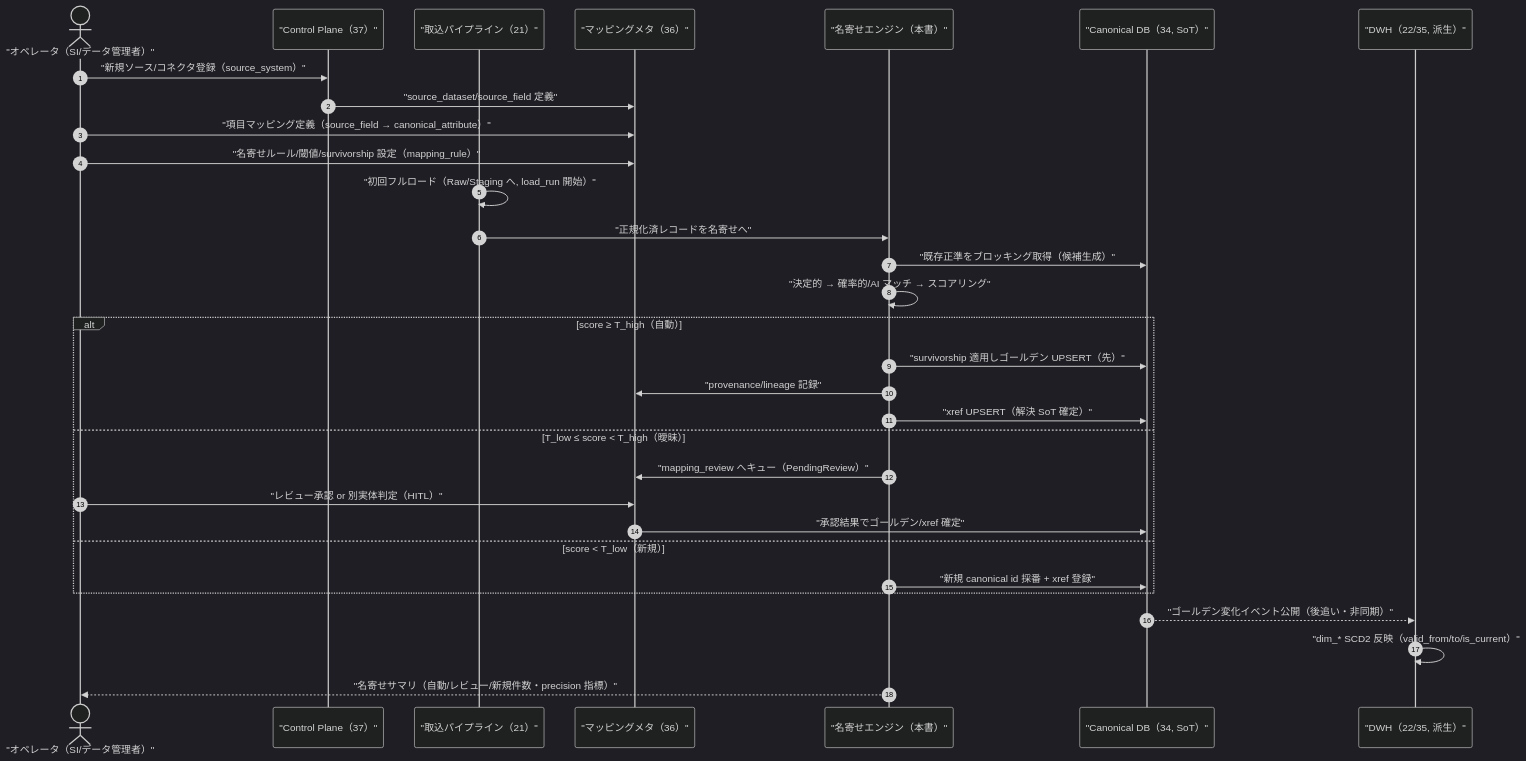
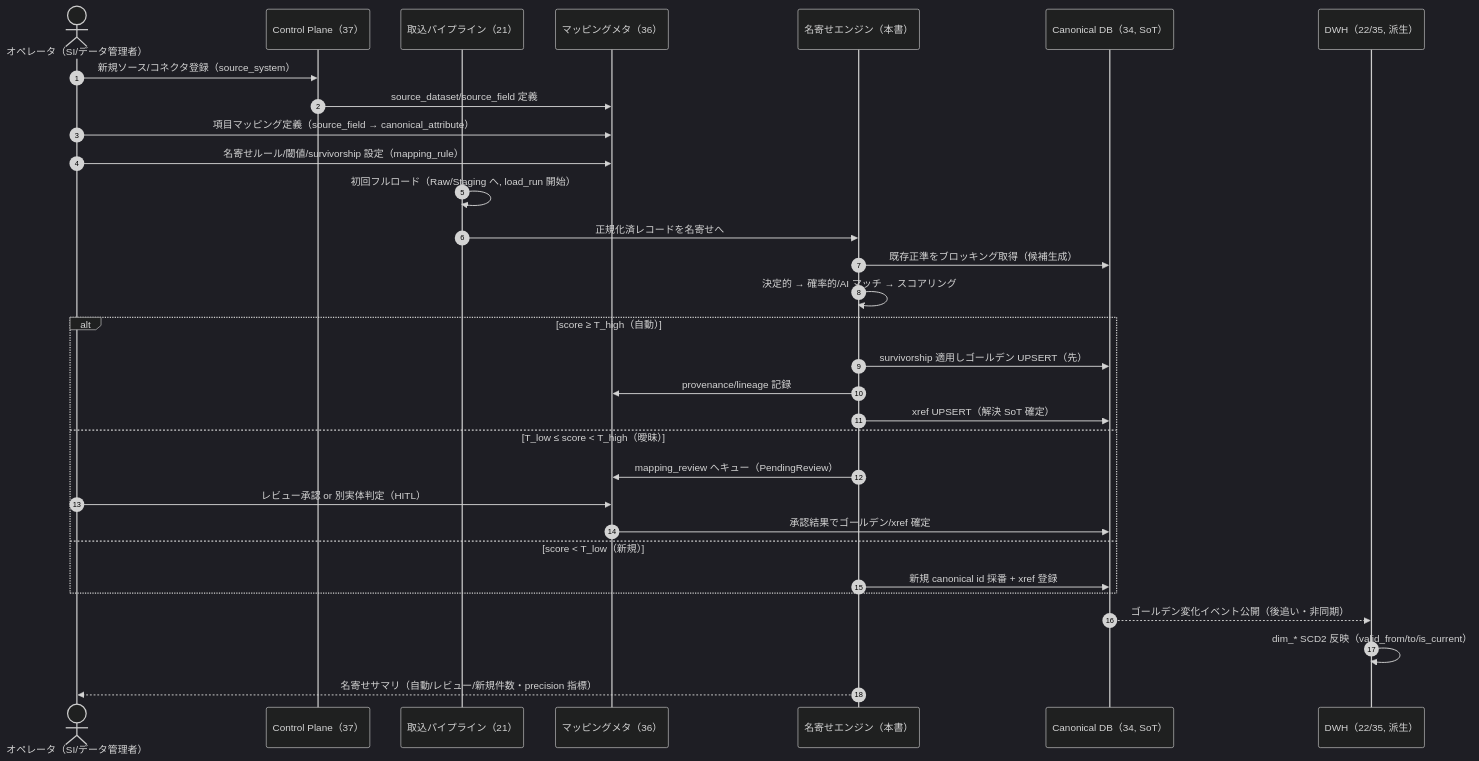
Before and after one commit to TSUNAGUBA/akebono-honshu: diagram 15 of 17 in docs/platform-design/detailed-design/20-canonical-mdm-and-entity-resolution.md, drawn with Mermaid (dark theme). The commit also changed other lines of this file and 30 other files, not shown here.

````diff
--- a/docs/platform-design/detailed-design/20-canonical-mdm-and-entity-resolution.md
+++ b/docs/platform-design/detailed-design/20-canonical-mdm-and-entity-resolution.md
@@ -515,34 +517,34 @@
 ```mermaid
 sequenceDiagram
     autonumber
-    actor OP as "オペレータ（SI/データ管理者）"
-    participant CP as "Control Plane（37）"
-    participant ING as "取込パイプライン（21）"
-    participant MAP as "マッピングメタ（36）"
-    participant ER as "名寄せエンジン（本書）"
-    participant CAN as "Canonical DB（34, SoT）"
-    participant DWH as "DWH（22/35, 派生）"
+    actor OP as オペレータ（SI/データ管理者）
+    participant CP as Control Plane（37）
+    participant ING as 取込パイプライン（21）
+    participant MAP as マッピングメタ（36）
+    participant ER as 名寄せエンジン（本書）
+    participant CAN as Canonical DB（34, SoT）
+    participant DWH as DWH（22/35, 派生）
 
-    OP->>CP: "新規ソース/コネクタ登録（source_system）"
-    CP->>MAP: "source_dataset/source_field 定義"
-    OP->>MAP: "項目マッピング定義（source_field → canonical_attribute）"
-    OP->>MAP: "名寄せルール/閾値/survivorship 設定（mapping_rule）"
-    ING->>ING: "初回フルロード（Raw/Staging へ, load_run 開始）"
-    ING->>ER: "正規化済レコードを名寄せへ"
-    ER->>CAN: "既存正準をブロッキング取得（候補生成）"
-    ER->>ER: "決定的 → 確率的/AI マッチ → スコアリング"
+    OP->>CP: 新規ソース/コネクタ登録（source_system）
+    CP->>MAP: source_dataset/source_field 定義
+    OP->>MAP: 項目マッピング定義（source_field → canonical_attribute）
+    OP->>MAP: 名寄せルール/閾値/survivorship 設定（mapping_rule）
+    ING->>ING: 初回フルロード（Raw/Staging へ, load_run 開始）
+    ING->>ER: 正規化済レコードを名寄せへ
+    ER->>CAN: 既存正準をブロッキング取得（候補生成）
+    ER->>ER: 決定的 → 確率的/AI マッチ → スコアリング
     alt score ≥ T_high（自動）
-        ER->>CAN: "survivorship 適用しゴールデン UPSERT（先）"
-        ER->>MAP: "provenance/lineage 記録"
-        ER->>CAN: "xref UPSERT（解決 SoT 確定）"
+        ER->>CAN: survivorship 適用しゴールデン UPSERT（先）
+        ER->>MAP: provenance/lineage 記録
+        ER->>CAN: xref UPSERT（解決 SoT 確定）
     else T_low ≤ score < T_high（曖昧）
-        ER->>MAP: "mapping_review へキュー（PendingReview）"
-        OP->>MAP: "レビュー承認 or 別実体判定（HITL）"
-        MAP->>CAN: "承認結果でゴールデン/xref 確定"
+        ER->>MAP: mapping_review へキュー（PendingReview）
+        OP->>MAP: レビュー承認 or 別実体判定（HITL）
+        MAP->>CAN: 承認結果でゴールデン/xref 確定
     else score < T_low（新規）
-        ER->>CAN: "新規 canonical id 採番 + xref 登録"
+        ER->>CAN: 新規 canonical id 採番 + xref 登録
     end
-    CAN-->>DWH: "ゴールデン変化イベント公開（後追い・非同期）"
-    DWH->>DWH: "dim_* SCD2 反映（valid_from/to/is_current）"
-    ER-->>OP: "名寄せサマリ（自動/レビュー/新規件数・precision 指標）"
+    CAN-->>DWH: ゴールデン変化イベント公開（後追い・非同期）
+    DWH->>DWH: dim_* SCD2 反映（valid_from/to/is_current）
+    ER-->>OP: 名寄せサマリ（自動/レビュー/新規件数・precision 指標）
 ```
````
